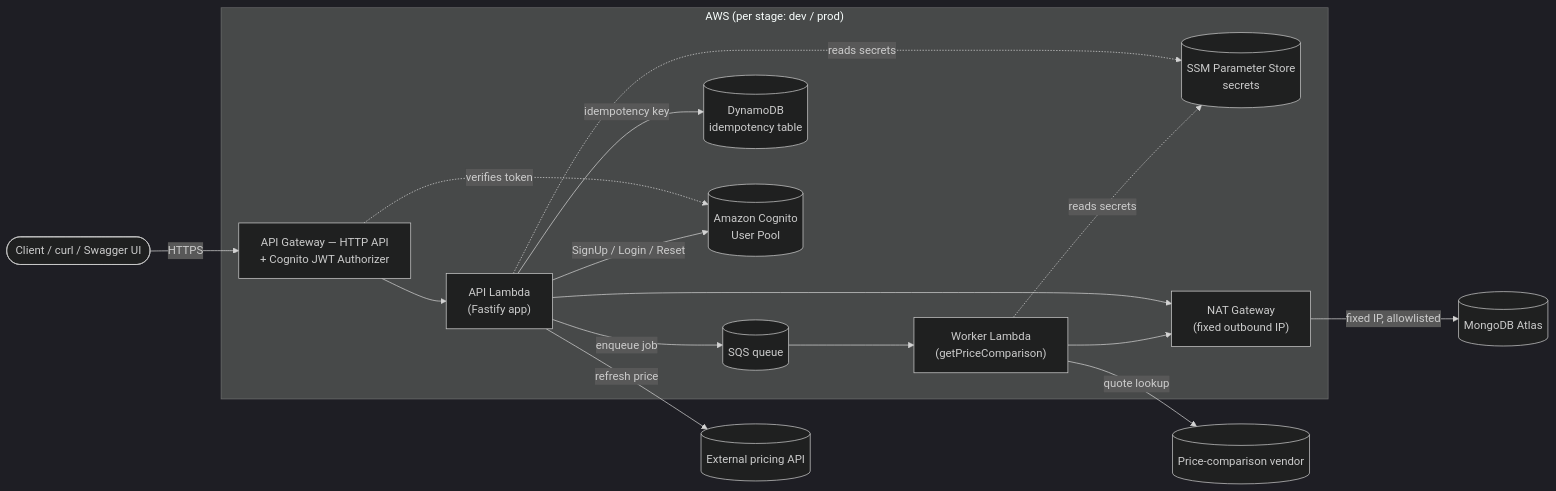
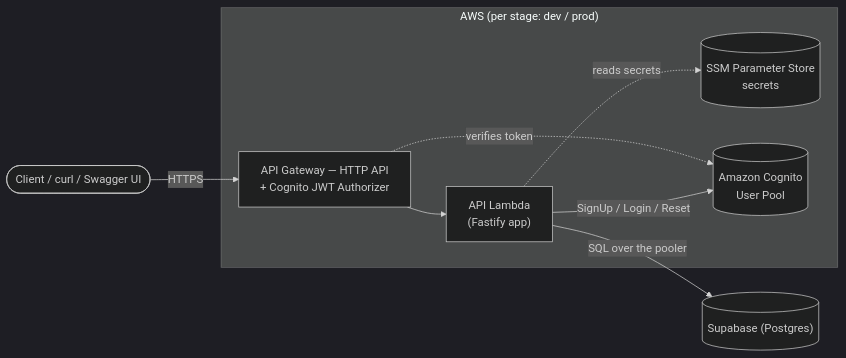
The diagram in MedAPI/README.md (perixtar/HouseMeds), drawn with Mermaid (dark theme) before and after one commit. The commit also changed other lines of this file and 45 other files, not shown here.

First line of the commit message:
Convert mongoDB to Supabase

````diff
--- a/MedAPI/README.md
+++ b/MedAPI/README.md
@@ -29,34 +29,20 @@
 ```mermaid
 flowchart LR
     Client(["Client / curl / Swagger UI"])
 
     subgraph AWS["AWS (per stage: dev / prod)"]
         APIGW["API Gateway — HTTP API<br/>+ Cognito JWT Authorizer"]
         APILambda["API Lambda<br/>(Fastify app)"]
-        WorkerLambda["Worker Lambda<br/>(getPriceComparison)"]
-        SQS[("SQS queue")]
         SSM[("SSM Parameter Store<br/>secrets")]
-        DDB[("DynamoDB<br/>idempotency table")]
         Cognito[("Amazon Cognito<br/>User Pool")]
-        NAT["NAT Gateway<br/>(fixed outbound IP)"]
     end
 
-    Atlas[("MongoDB Atlas")]
-    Pricing[("External pricing API")]
-    Vendor[("Price-comparison vendor")]
+    Supabase[("Supabase (Postgres)")]
 
     Client -->|HTTPS| APIGW
     APIGW --> APILambda
     APIGW -.verifies token.-> Cognito
     APILambda -->|SignUp / Login / Reset| Cognito
-    APILambda -->|enqueue job| SQS
-    APILambda -->|idempotency key| DDB
-    APILambda --> NAT
-    APILambda -->|refresh price| Pricing
-    SQS --> WorkerLambda
-    WorkerLambda --> NAT
-    WorkerLambda -->|quote lookup| Vendor
-    NAT -->|fixed IP, allowlisted| Atlas
+    APILambda -->|SQL over the pooler| Supabase
     APILambda -.reads secrets.-> SSM
-    WorkerLambda -.reads secrets.-> SSM
 ```
````
